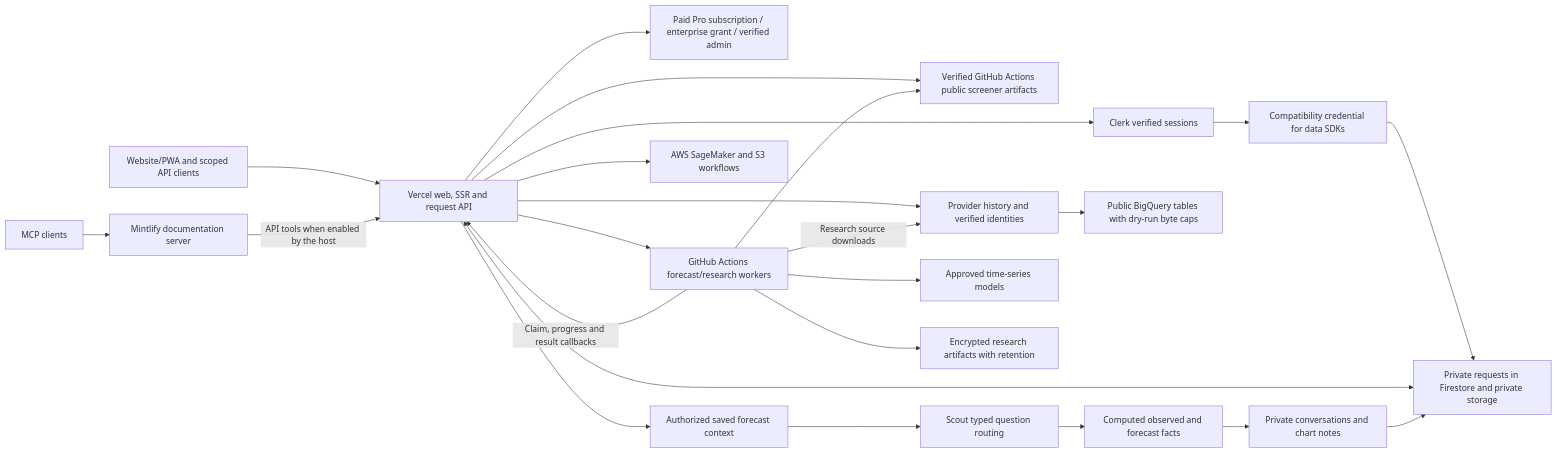
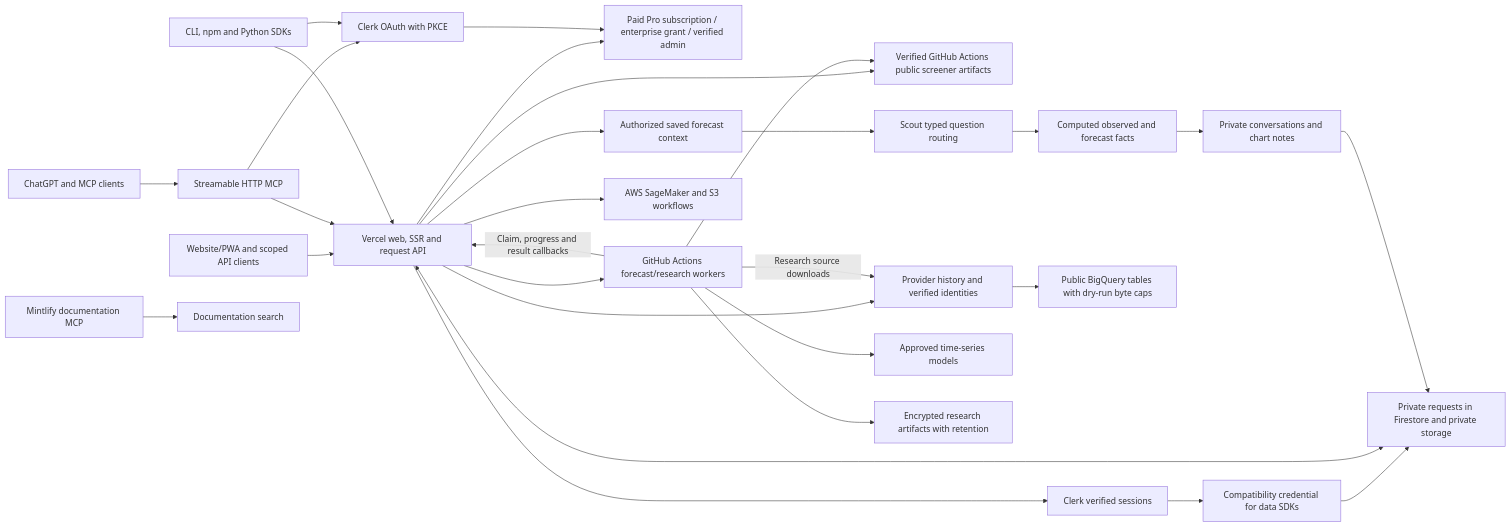
Before and after one commit to tamzid2001/stockssagemakerdata: the second of 3 diagrams in README.md, drawn with Mermaid. The commit also changed other lines of this file and 39 other files, not shown here.

Commit message:
Expose Quantura OAuth CLI, Python/npm SDKs and live MCP API

````diff
--- a/README.md
+++ b/README.md
@@ -150,26 +162,31 @@
 ```mermaid
 flowchart LR
     Clients[Website/PWA and scoped API clients] --> API[Vercel web, SSR and request API]
     API --> Identity[Clerk verified sessions]
     Identity --> Bridge[Compatibility credential for data SDKs]
     Bridge --> State
     API --> Entitlement[Paid Pro subscription / enterprise grant / verified admin]
     API <--> State[Private requests in Firestore and private storage]
     API --> Public[Verified GitHub Actions public screener artifacts]
     Workers --> Public
     API --> Data[Provider history and verified identities]
     Data --> BigQuery[Public BigQuery tables with dry-run byte caps]
     API --> QA[Authorized saved forecast context]
     QA --> Scout[Scout typed question routing]
     Scout --> Facts[Computed observed and forecast facts]
     Facts --> Requests[Private conversations and chart notes]
     Requests --> State
     API --> Workers[GitHub Actions forecast/research workers]
     Workers --> Models[Approved time-series models]
     Workers -->|Claim, progress and result callbacks| API
     Workers -->|Research source downloads| Data
     Workers --> Artifacts[Encrypted research artifacts with retention]
     API --> Legacy[AWS SageMaker and S3 workflows]
-    MCP[MCP clients] --> Docs[Mintlify documentation server]
-    Docs -->|API tools when enabled by the host| API
+    MCP[ChatGPT and MCP clients] --> LiveMCP[Streamable HTTP MCP]
+    LiveMCP --> OAuth[Clerk OAuth with PKCE]
+    OAuth --> Entitlement
+    LiveMCP --> API
+    SDK[CLI, npm and Python SDKs] --> OAuth
+    SDK --> API
+    Docs[Mintlify documentation MCP] --> Guides[Documentation search]
 ```
````
